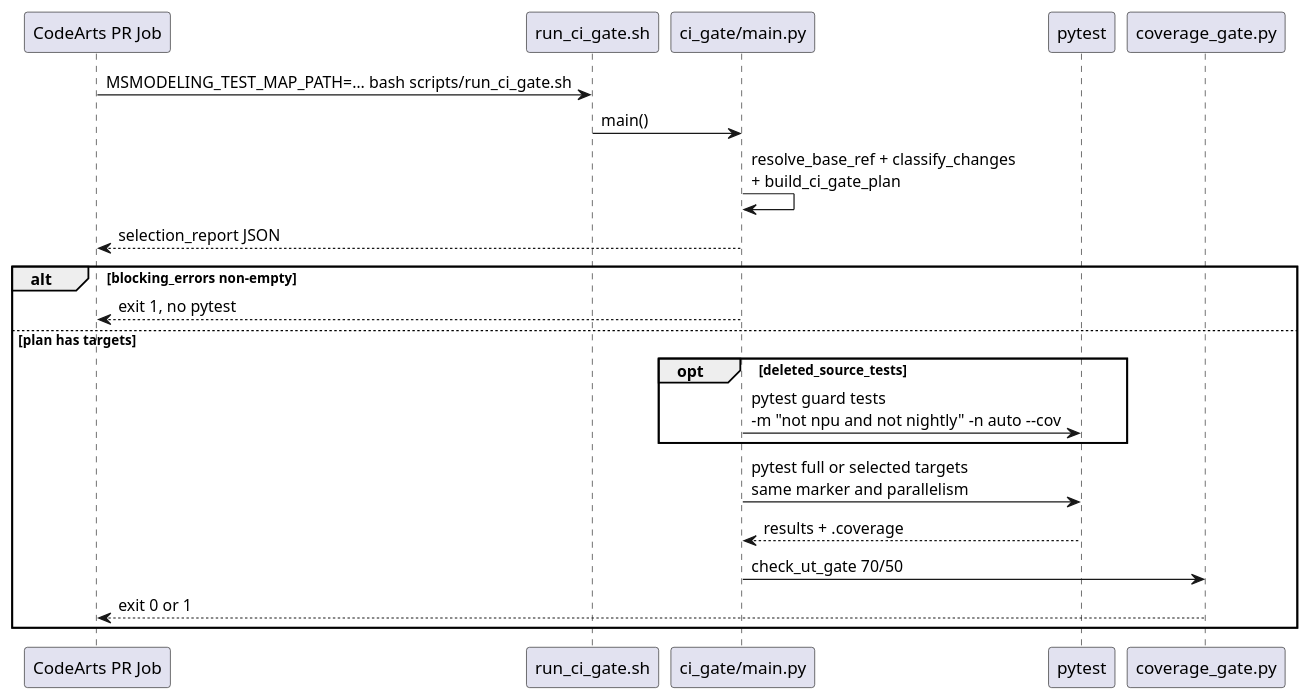
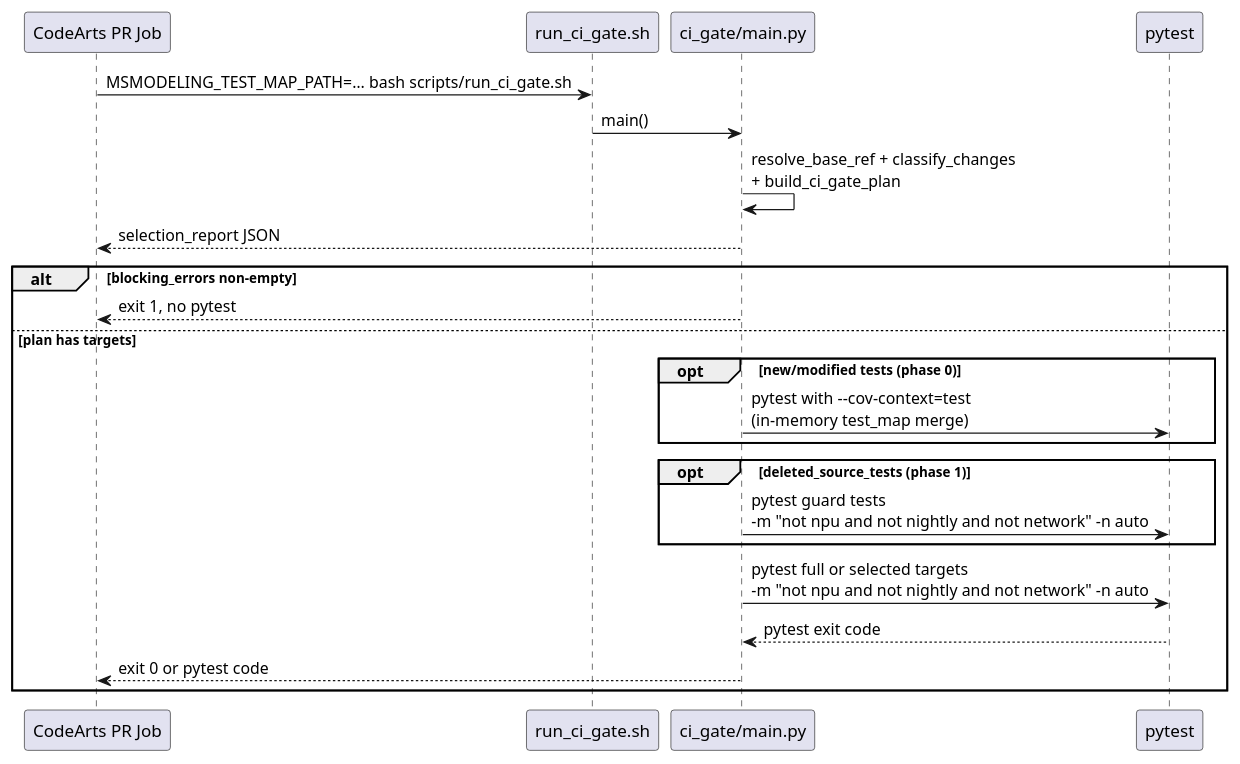
Before and after one commit to Ascend/msmodeling: the second of 4 diagrams in docs/design/ut_refactor.md, drawn with PlantUML. The commit also changed other lines of this file and 41 other files, not shown here.

First paragraph of the commit message:
Refactor: testing system overhaul — network marker, nightly 4-phase pipeline, config drift check, and in-process CLI coverage

````diff
--- a/docs/design/ut_refactor.md
+++ b/docs/design/ut_refactor.md
@@ -270,27 +277,28 @@
 ```plantuml
 @startuml
 skinparam shadowing false
 participant "CodeArts PR Job" as job
 participant "run_ci_gate.sh" as sh
 participant "ci_gate/main.py" as cg
 participant "pytest" as py
-participant "coverage_gate.py" as cov
 
 job -> sh : MSMODELING_TEST_MAP_PATH=… bash scripts/run_ci_gate.sh
 sh -> cg : main()
 cg -> cg : resolve_base_ref + classify_changes\n+ build_ci_gate_plan
 cg --> job : selection_report JSON
 
 alt blocking_errors non-empty
   cg --> job : exit 1, no pytest
 else plan has targets
-  opt deleted_source_tests
-    cg -> py : pytest guard tests\n-m "not npu and not nightly" -n auto --cov
+  opt new/modified tests (phase 0)
+    cg -> py : pytest with --cov-context=test\n(in-memory test_map merge)
   end
-  cg -> py : pytest full or selected targets\nsame marker and parallelism
-  py --> cg : results + .coverage
-  cg -> cov : check_ut_gate 70/50
-  cov --> job : exit 0 or 1
+  opt deleted_source_tests (phase 1)
+    cg -> py : pytest guard tests\n-m "not npu and not nightly and not network" -n auto
+  end
+  cg -> py : pytest full or selected targets\n-m "not npu and not nightly and not network" -n auto
+  py --> cg : pytest exit code
+  cg --> job : exit 0 or pytest code
 end
 @enduml
 ```
````
